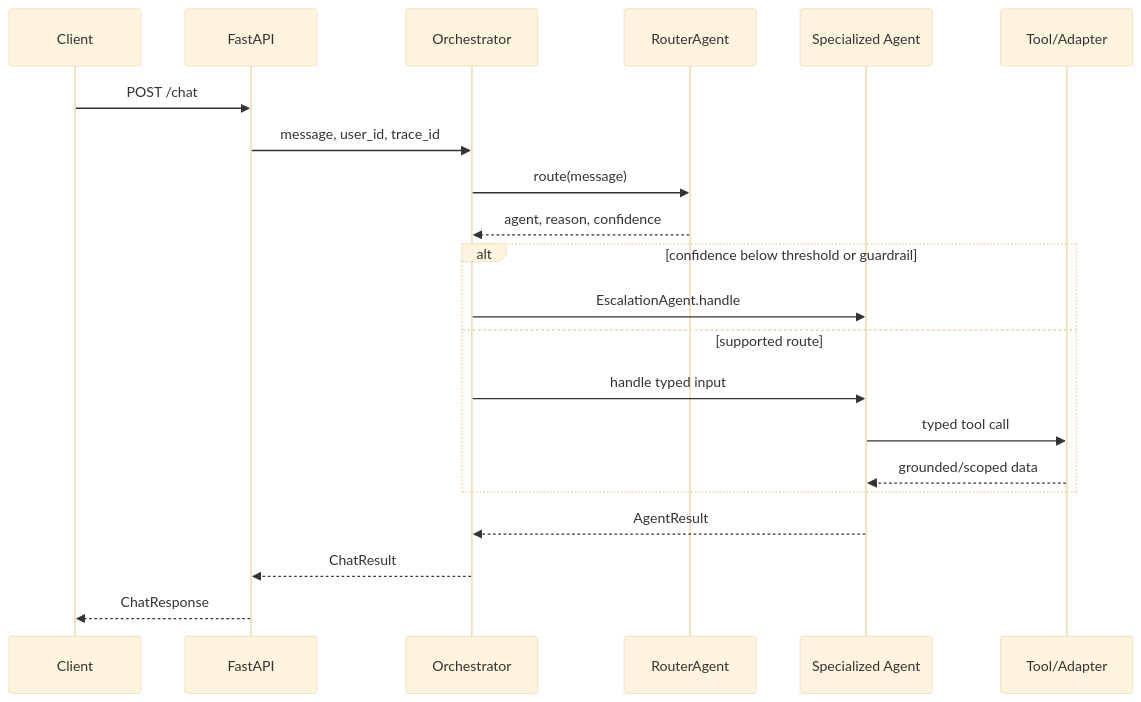
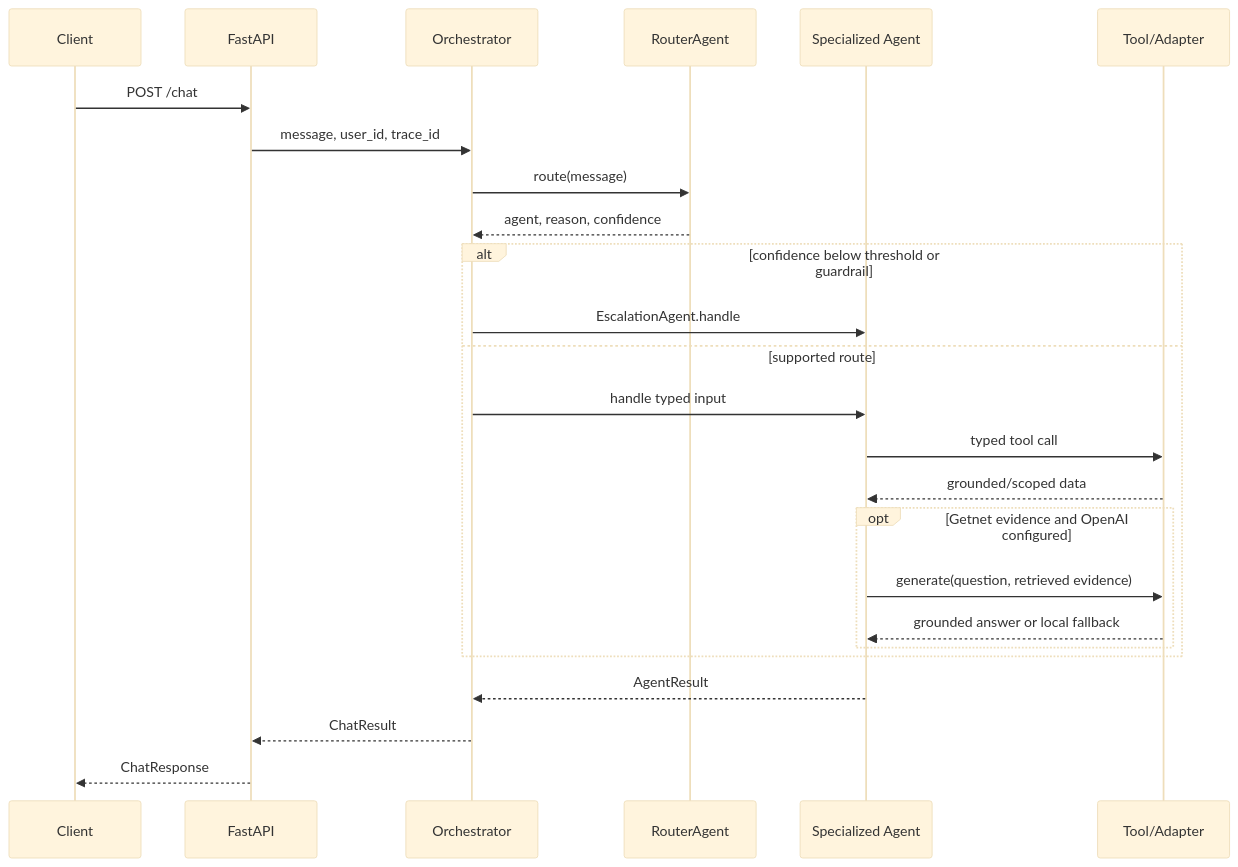
One commit to brunovicco/getnet-multi-agent-support changed the diagram in docs/ARCHITECTURE.md. Above: the diagram before and after it, drawn with Mermaid (base theme). The commit also changed other lines of this file and 18 other files, not shown here.

````diff
--- a/docs/ARCHITECTURE.md
+++ b/docs/ARCHITECTURE.md
@@ -44,24 +46,28 @@
 ```mermaid
 sequenceDiagram
     participant C as Client
     participant A as FastAPI
     participant O as Orchestrator
     participant R as RouterAgent
     participant S as Specialized Agent
     participant T as Tool/Adapter
 
     C->>A: POST /chat
     A->>O: message, user_id, trace_id
     O->>R: route(message)
     R-->>O: agent, reason, confidence
     alt confidence below threshold or guardrail
         O->>S: EscalationAgent.handle
     else supported route
         O->>S: handle typed input
         S->>T: typed tool call
         T-->>S: grounded/scoped data
+        opt Getnet evidence and OpenAI configured
+            S->>T: generate(question, retrieved evidence)
+            T-->>S: grounded answer or local fallback
+        end
     end
     S-->>O: AgentResult
     O-->>A: ChatResult
     A-->>C: ChatResponse
 ```
````
